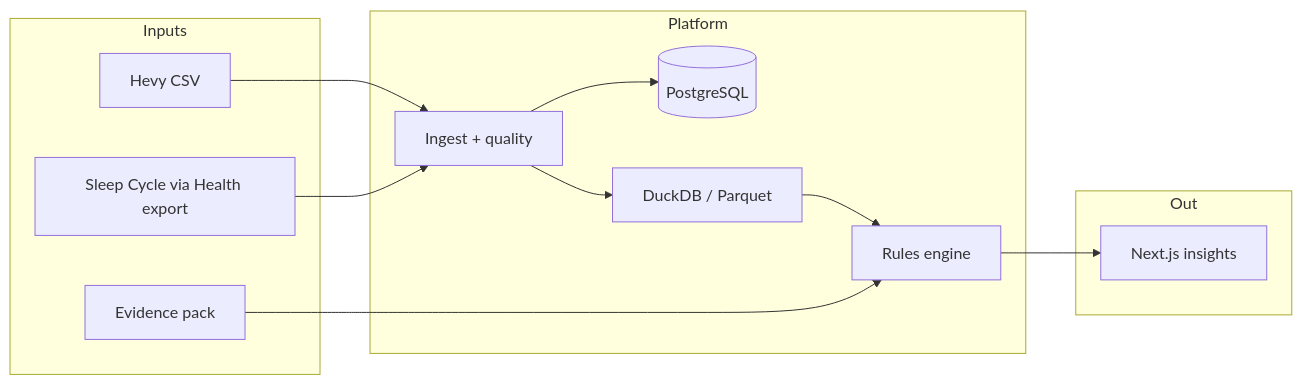
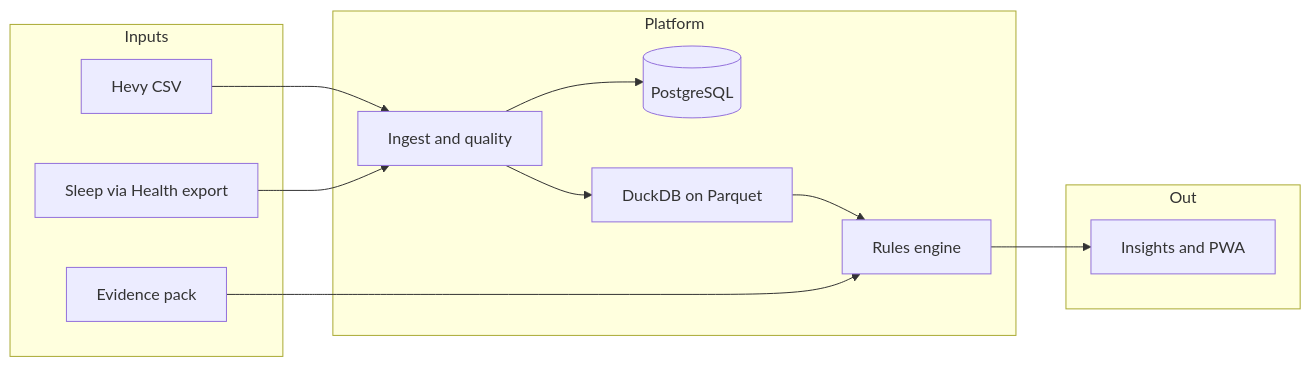
Before and after one commit to Lennaertds/GymFreak_Public: the diagram in README.md, drawn with Mermaid. The commit also changed other lines of this file, not shown here.

````diff
--- a/README.md
+++ b/README.md
@@ -23,24 +23,24 @@
 ```mermaid
 flowchart LR
-  subgraph in [Inputs]
+  subgraph inputs [Inputs]
     Hevy[Hevy CSV]
-    Sleep[Sleep Cycle via Health export]
+    Sleep[Sleep via Health export]
     Lit[Evidence pack]
   end
-  subgraph plat [Platform]
-    Ingest[Ingest + quality]
+  subgraph platform [Platform]
+    Ingest[Ingest and quality]
     PG[(PostgreSQL)]
-    Duck[DuckDB / Parquet]
+    Duck[DuckDB on Parquet]
     Eng[Rules engine]
   end
-  subgraph out [Out]
-    Web[Next.js insights]
+  subgraph outputs [Out]
+    Web[Insights and PWA]
   end
   Hevy --> Ingest
   Sleep --> Ingest
   Ingest --> PG
   Ingest --> Duck
   Lit --> Eng
   Duck --> Eng
   Eng --> Web
 ```
````
